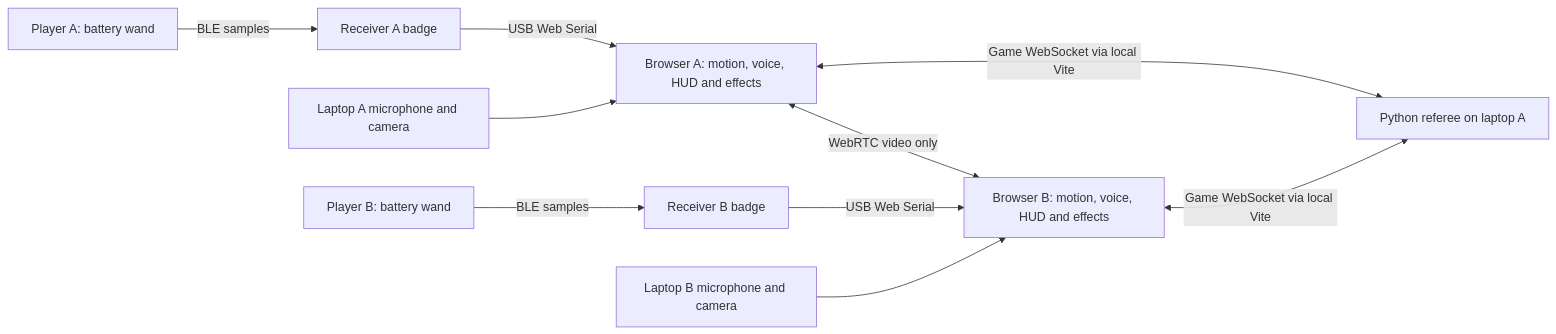
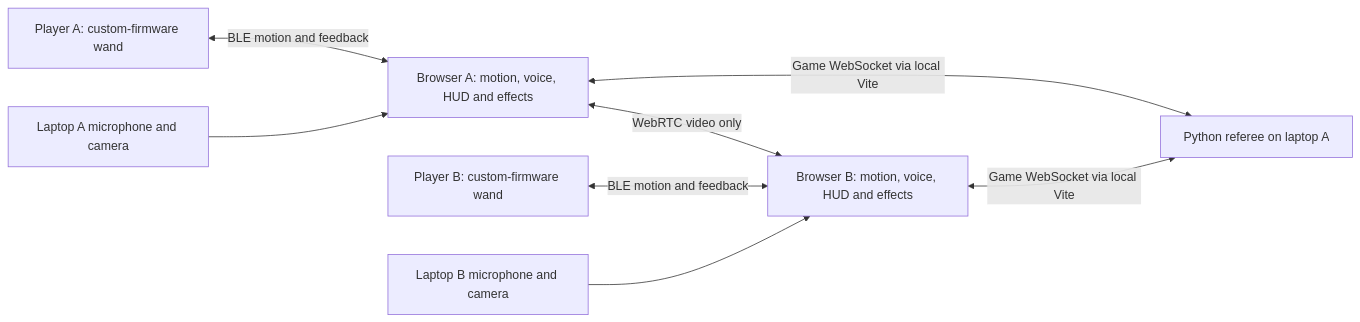
One commit to SaiAmartya/hack-the-north changed the diagram in MVP-OUTLINE.md. Above: the diagram before and after it, drawn with Mermaid. The commit also changed other lines of this file and 1 other file, not shown here.

Commit message:
docs: define custom firmware contract and platform workflow

````diff
--- a/MVP-OUTLINE.md
+++ b/MVP-OUTLINE.md
@@ -166,12 +165,10 @@
 ```mermaid
 flowchart LR
-    wandA["Player A: battery wand"] -->|"BLE samples"| receiverA["Receiver A badge"]
-    receiverA -->|"USB Web Serial"| browserA["Browser A: motion, voice, HUD and effects"]
+    wandA["Player A: custom-firmware wand"] <-->|"BLE motion and feedback"| browserA["Browser A: motion, voice, HUD and effects"]
     inputsA["Laptop A microphone and camera"] --> browserA
     browserA <-->|"Game WebSocket via local Vite"| referee["Python referee on laptop A"]
-    wandB["Player B: battery wand"] -->|"BLE samples"| receiverB["Receiver B badge"]
-    receiverB -->|"USB Web Serial"| browserB["Browser B: motion, voice, HUD and effects"]
+    wandB["Player B: custom-firmware wand"] <-->|"BLE motion and feedback"| browserB["Browser B: motion, voice, HUD and effects"]
     inputsB["Laptop B microphone and camera"] --> browserB
     browserB <-->|"Game WebSocket via local Vite"| referee
     browserA <-->|"WebRTC video only"| browserB
 ```
````
